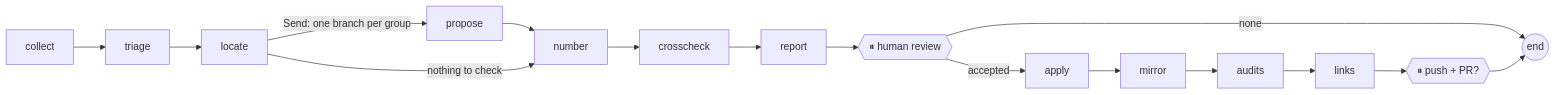
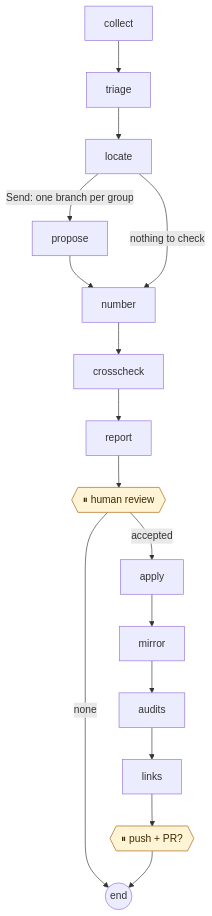
Before and after one commit to DamienBecherini/vault-watch-agent: the diagram in README.md, drawn with Mermaid.

Commit message:
README: graph drawn top-down, human pauses highlighted

````diff
--- a/README.md
+++ b/README.md
@@ -17,10 +17,12 @@
 ```mermaid
-flowchart LR
+flowchart TD
   collect --> triage --> locate
   locate -->|"Send: one branch per group"| propose --> number
   locate -->|nothing to check| number
   number --> crosscheck --> report --> review{{"⏸ human review"}}
   review -->|accepted| apply --> mirror --> audits --> links --> publish{{"⏸ push + PR?"}}
   review -->|none| stop((end))
   publish --> stop
+  classDef human fill:#fff4d6,stroke:#a65f00,color:#3d2a00
+  class review,publish human
 ```
````
